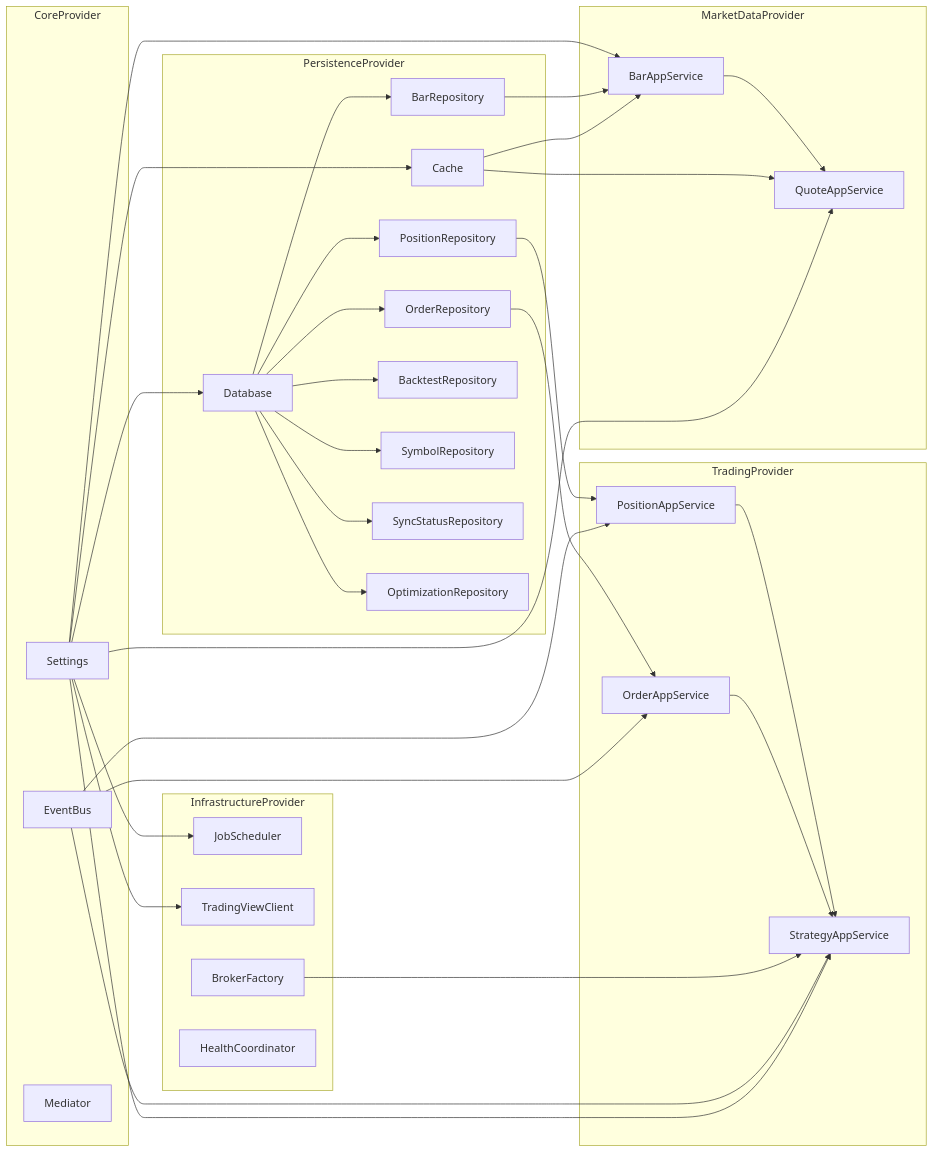
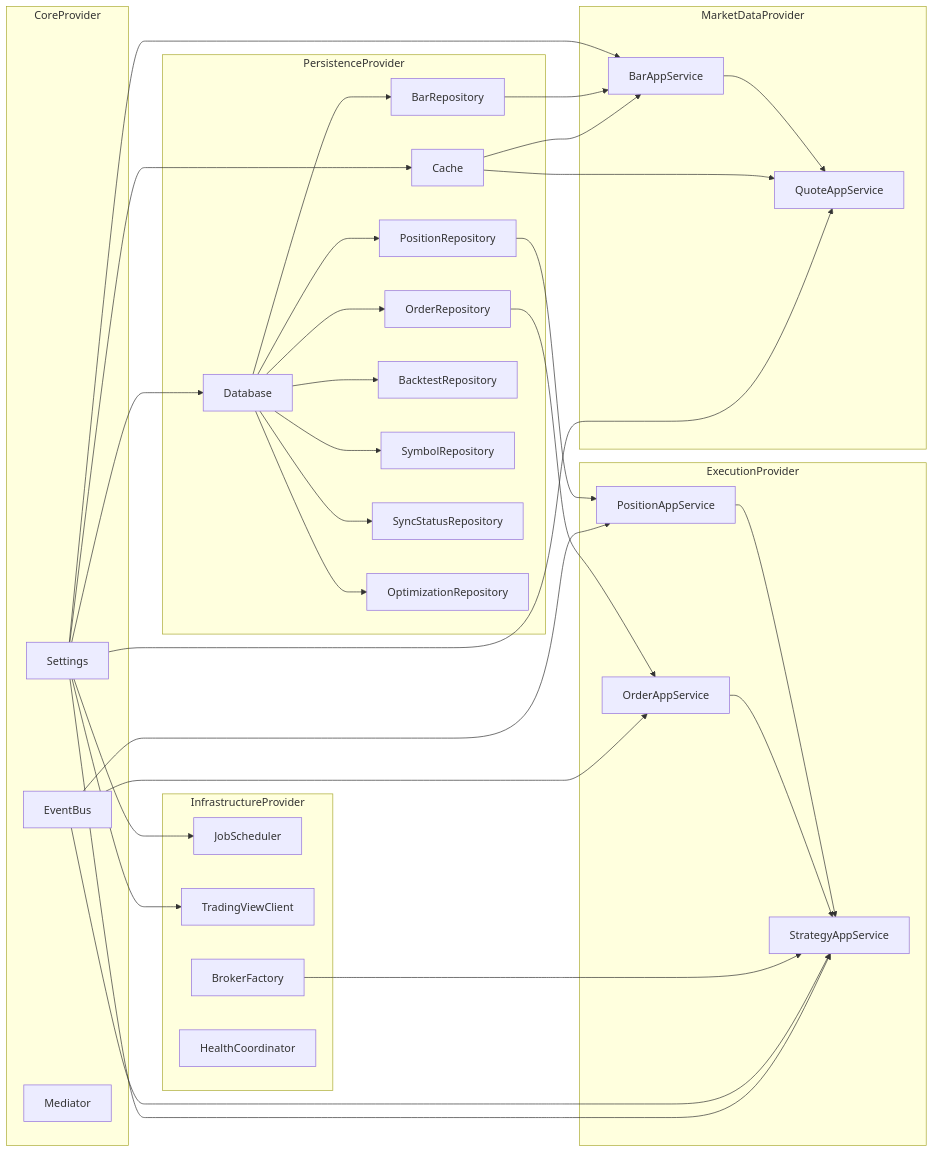
Before and after one commit to camping89/pocketquant: the third of 4 diagrams in docs/architecture-visual-map.md, drawn with Mermaid. The commit also changed other lines of this file and 34 other files, not shown here.

Commit message:
refactor: enforce 6-package layered import contracts; sync docs to new architecture

````diff
--- a/docs/architecture-visual-map.md
+++ b/docs/architecture-visual-map.md
@@ -197,70 +197,70 @@
 ```mermaid
 graph LR
     subgraph CoreProvider
         Settings
         EventBus
         Mediator
     end
 
     subgraph PersistenceProvider
         Database
         Cache
         BarRepo["BarRepository"]
         OrderRepo["OrderRepository"]
         PositionRepo["PositionRepository"]
         BacktestRepo["BacktestRepository"]
         SymbolRepo["SymbolRepository"]
         SyncRepo["SyncStatusRepository"]
         OptRepo["OptimizationRepository"]
     end
 
     subgraph InfrastructureProvider
         JobScheduler
         TVProvider["TradingViewClient"]
         BrokerFactory
         HealthCoord["HealthCoordinator"]
     end
 
     subgraph MarketDataProvider
         BarAppService
         QuoteAppService
     end
 
-    subgraph TradingProvider
+    subgraph ExecutionProvider
         OrderAppService
         PositionAppService
         StrategyAppService
     end
 
     Settings --> Database
     Settings --> Cache
     Settings --> JobScheduler
     Settings --> TVProvider
     Settings --> QuoteAppService
     Settings --> StrategyAppService
 
     Database --> BarRepo
     Database --> OrderRepo
     Database --> PositionRepo
     Database --> BacktestRepo
     Database --> SymbolRepo
     Database --> SyncRepo
     Database --> OptRepo
 
     Cache --> BarAppService
     BarRepo --> BarAppService
     Settings --> BarAppService
     Cache --> QuoteAppService
     BarAppService --> QuoteAppService
 
     EventBus --> OrderAppService
     OrderRepo --> OrderAppService
 
     EventBus --> PositionAppService
     PositionRepo --> PositionAppService
 
     EventBus --> StrategyAppService
     BrokerFactory --> StrategyAppService
     OrderAppService --> StrategyAppService
     PositionAppService --> StrategyAppService
 ```
````
